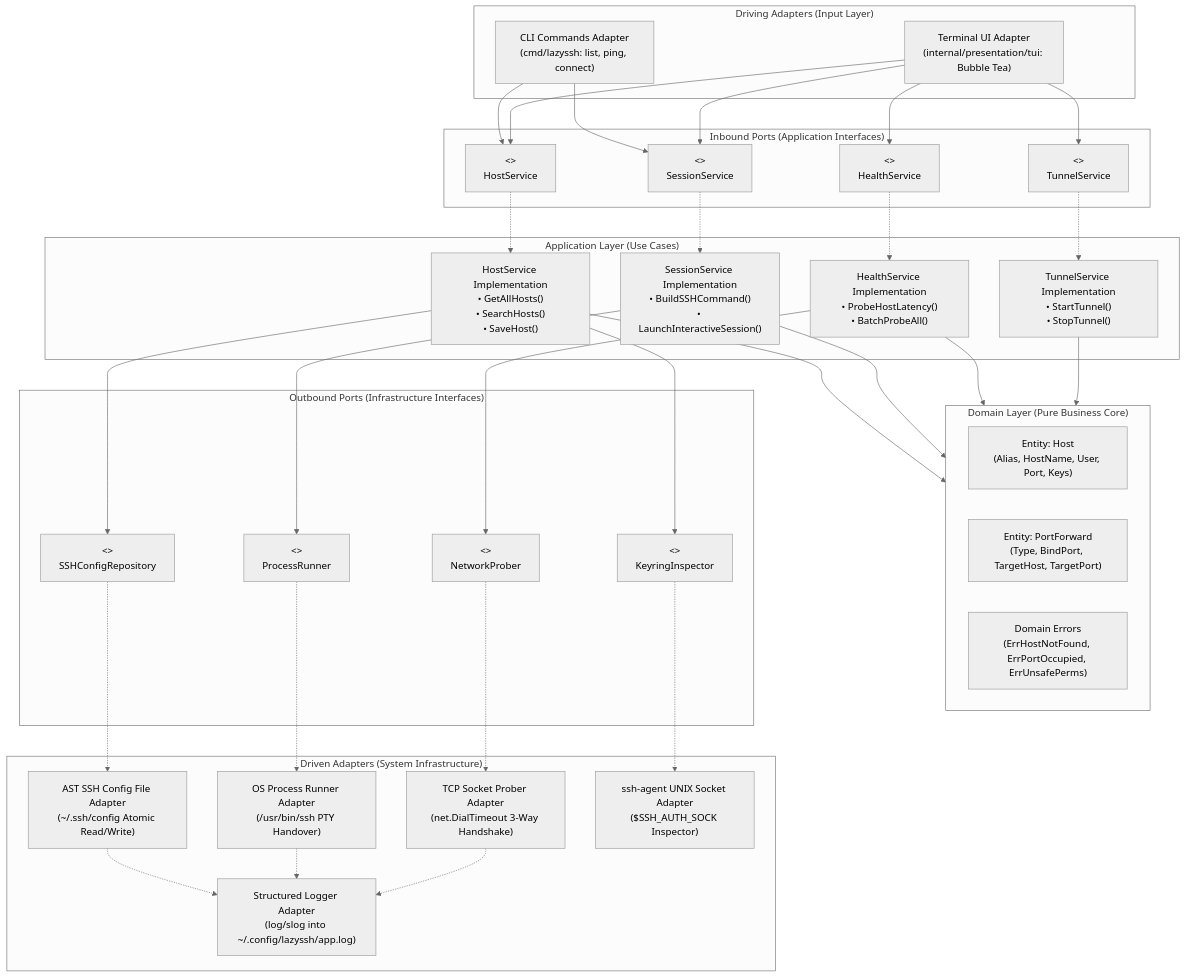
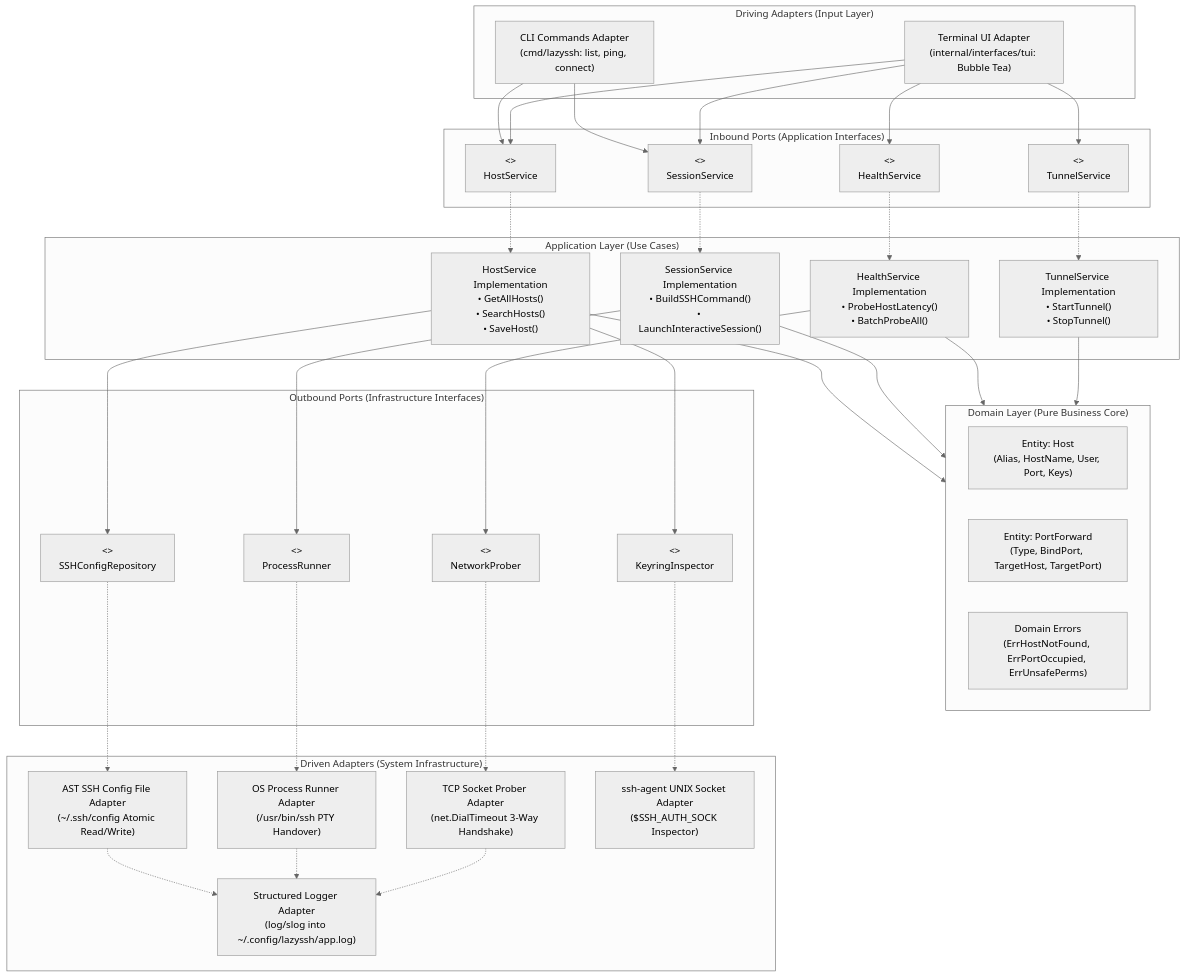
The first of 9 diagrams in docs/ARCHITECTURE.md (vuong-ngo/lazyssh), drawn with Mermaid (neutral theme) before and after one commit. The commit also changed other lines of this file and 2 other files, not shown here.

Commit message:
docs(architecture): align architecture, project structure, and technical specs with core engine milestone

````diff
--- a/docs/ARCHITECTURE.md
+++ b/docs/ARCHITECTURE.md
@@ -26,77 +27,77 @@
 ```mermaid
 flowchart TB
     subgraph DrivingAdapters ["Driving Adapters (Input Layer)"]
         CLI["CLI Commands Adapter\n(cmd/lazyssh: list, ping, connect)"]
-        TUI["Terminal UI Adapter\n(internal/presentation/tui: Bubble Tea)"]
+        TUI["Terminal UI Adapter\n(internal/interfaces/tui: Bubble Tea)"]
     end
 
     subgraph InboundPorts ["Inbound Ports (Application Interfaces)"]
         IHostService["<<interface>>\nHostService"]
         ISessionService["<<interface>>\nSessionService"]
         IHealthService["<<interface>>\nHealthService"]
         ITunnelService["<<interface>>\nTunnelService"]
     end
 
     subgraph AppCore ["Application Layer (Use Cases)"]
         HostUC["HostService Implementation\n• GetAllHosts()\n• SearchHosts()\n• SaveHost()"]
         SessionUC["SessionService Implementation\n• BuildSSHCommand()\n• LaunchInteractiveSession()"]
         HealthUC["HealthService Implementation\n• ProbeHostLatency()\n• BatchProbeAll()"]
         TunnelUC["TunnelService Implementation\n• StartTunnel()\n• StopTunnel()"]
     end
 
     subgraph DomainLayer ["Domain Layer (Pure Business Core)"]
         HostEntity["Entity: Host\n(Alias, HostName, User, Port, Keys)"]
         TunnelEntity["Entity: PortForward\n(Type, BindPort, TargetHost, TargetPort)"]
         DomainErrors["Domain Errors\n(ErrHostNotFound, ErrPortOccupied, ErrUnsafePerms)"]
     end
 
     subgraph OutboundPorts ["Outbound Ports (Infrastructure Interfaces)"]
         IConfigRepo["<<interface>>\nSSHConfigRepository"]
         IProcessRunner["<<interface>>\nProcessRunner"]
         INetProber["<<interface>>\nNetworkProber"]
         IAgentKeyring["<<interface>>\nKeyringInspector"]
     end
 
     subgraph DrivenAdapters ["Driven Adapters (System Infrastructure)"]
         FileRepo["AST SSH Config File Adapter\n(~/.ssh/config Atomic Read/Write)"]
         PTYRunner["OS Process Runner Adapter\n(/usr/bin/ssh PTY Handover)"]
         TCPSocketProber["TCP Socket Prober Adapter\n(net.DialTimeout 3-Way Handshake)"]
         AgentSocket["ssh-agent UNIX Socket Adapter\n($SSH_AUTH_SOCK Inspector)"]
         StructuredLogger["Structured Logger Adapter\n(log/slog into ~/.config/lazyssh/app.log)"]
     end
 
     %% Driving connections
     CLI --> IHostService
     CLI --> ISessionService
     TUI --> IHostService
     TUI --> ISessionService
     TUI --> IHealthService
     TUI --> ITunnelService
 
     IHostService -.-> HostUC
     ISessionService -.-> SessionUC
     IHealthService -.-> HealthUC
     ITunnelService -.-> TunnelUC
 
     %% Application to Domain
     HostUC --> DomainLayer
     SessionUC --> DomainLayer
     HealthUC --> DomainLayer
     TunnelUC --> DomainLayer
 
     %% Application to Outbound Ports
     HostUC --> IConfigRepo
     SessionUC --> IProcessRunner
     HealthUC --> INetProber
     HostUC --> IAgentKeyring
 
     %% Outbound Ports to Driven Adapters
     IConfigRepo -.-> FileRepo
     IProcessRunner -.-> PTYRunner
     INetProber -.-> TCPSocketProber
     IAgentKeyring -.-> AgentSocket
 
     FileRepo -.-> StructuredLogger
     PTYRunner -.-> StructuredLogger
     TCPSocketProber -.-> StructuredLogger
 ```
````
